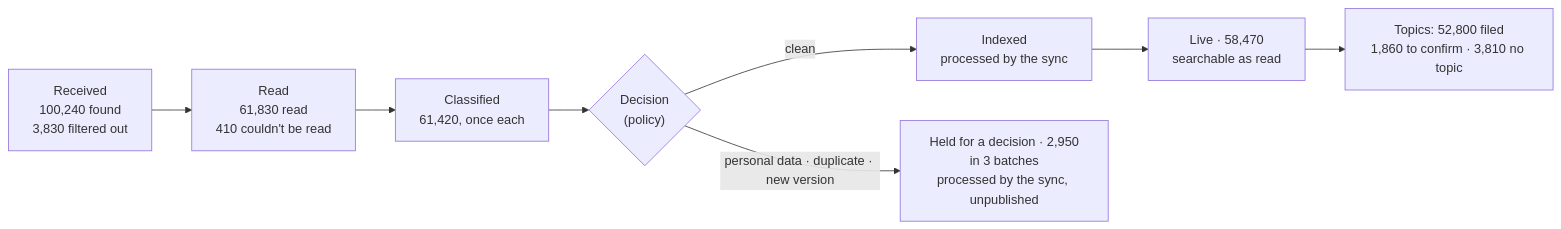
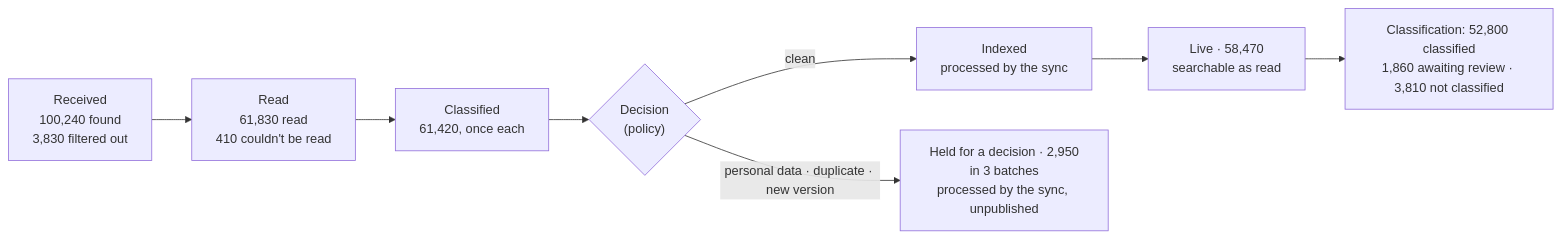
Before and after one commit to NguyenDuy1910/BoMesh: the second of 2 diagrams in apps/ux_preview/docs/KNOWLEDGE_STUDIO.md, drawn with Mermaid. The commit also changed other lines of this file and 391 other files, not shown here.

````diff
--- a/apps/ux_preview/docs/KNOWLEDGE_STUDIO.md
+++ b/apps/ux_preview/docs/KNOWLEDGE_STUDIO.md
@@ -289,10 +291,10 @@
 ```mermaid
 flowchart LR
   F["Received<br/>100,240 found<br/>3,830 filtered out"] --> R["Read<br/>61,830 read<br/>410 couldn't be read"]
   R --> C["Classified<br/>61,420, once each"]
   C --> G{"Decision<br/>(policy)"}
   G -->|clean| I["Indexed<br/>processed by the sync"]
   I --> P["Live · 58,470<br/>searchable as read"]
   G -->|personal data · duplicate · new version| B["Held for a decision · 2,950<br/>in 3 batches<br/>processed by the sync, unpublished"]
-  P --> T["Topics: 52,800 filed<br/>1,860 to confirm · 3,810 no topic"]
+  P --> T["Classification: 52,800 classified<br/>1,860 awaiting review · 3,810 not classified"]
 ```
````
